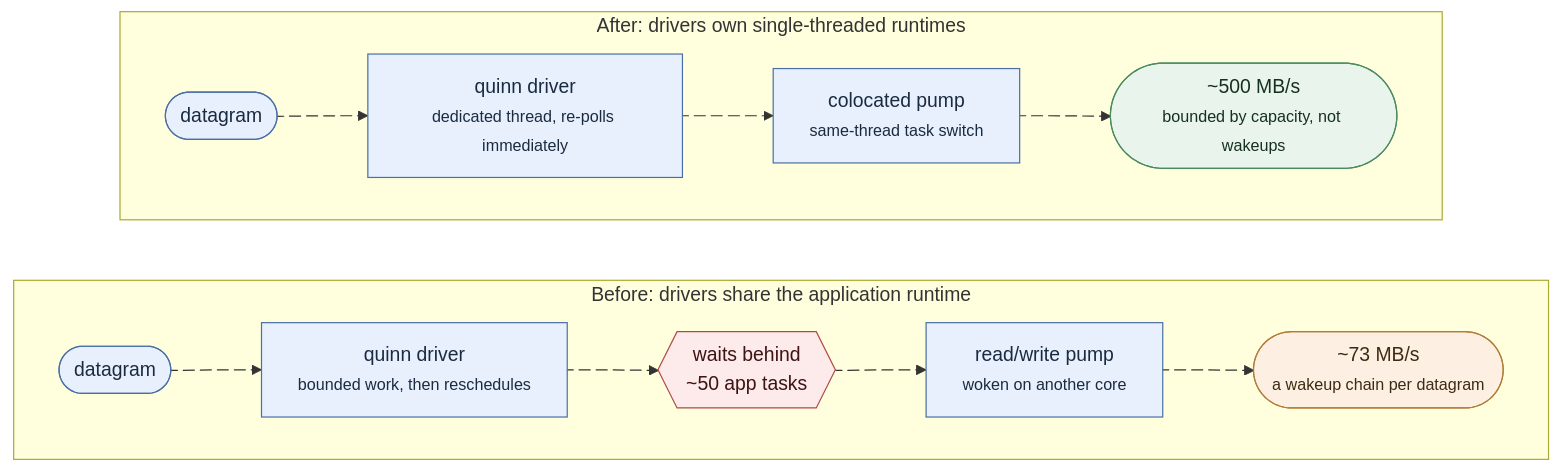
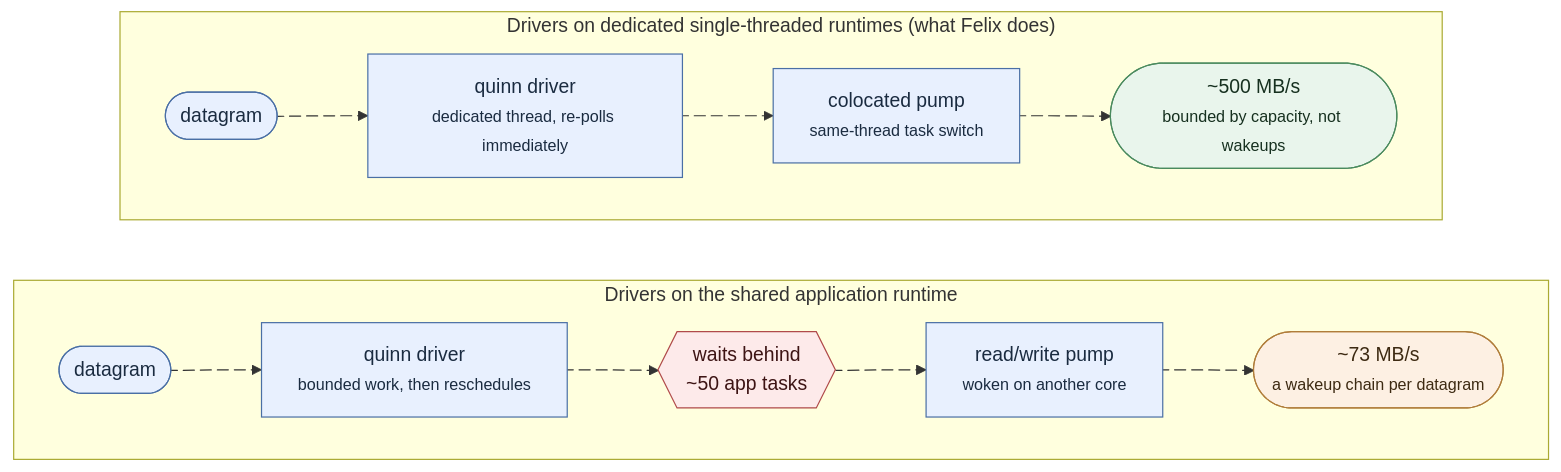
Before and after one commit to GetFelix/felix: the diagram in docs-site/src/content/docs/development/internals-concurrency.md, drawn with Mermaid. The commit also changed other lines of this file and 9 other files, not shown here.

````diff
--- a/docs-site/src/content/docs/development/internals-concurrency.md
+++ b/docs-site/src/content/docs/development/internals-concurrency.md
@@ -177,35 +177,35 @@
 ```mermaid
 flowchart LR
-    subgraph shared["Before: drivers share the application runtime"]
+    subgraph shared["Drivers on the shared application runtime"]
         direction LR
         N1(["datagram"]) s1@--> SD["quinn driver<br/><small>bounded work, then reschedules</small>"]
         SD s2@--> SQ{{"waits behind<br/>~50 app tasks"}}
         SQ s3@--> SP["read/write pump<br/><small>woken on another core</small>"]
         SP s4@--> SO(["~73 MB/s<br/><small>a wakeup chain per datagram</small>"])
     end
 
-    subgraph dedicated["After: drivers own single-threaded runtimes"]
+    subgraph dedicated["Drivers on dedicated single-threaded runtimes (what Felix does)"]
         direction LR
         N2(["datagram"]) d1@--> DD["quinn driver<br/><small>dedicated thread, re-polls immediately</small>"]
         DD d2@--> DP["colocated pump<br/><small>same-thread task switch</small>"]
         DP d3@--> DO(["~500 MB/s<br/><small>bounded by capacity, not wakeups</small>"])
     end
 
     s1@{ animation: slow }
     s2@{ animation: slow }
     s3@{ animation: slow }
     s4@{ animation: slow }
     d1@{ animation: fast }
     d2@{ animation: fast }
     d3@{ animation: fast }
 
     classDef step fill:#e8f0fe,stroke:#4a6fa5,color:#1a2b40
     classDef gate fill:#fdeaea,stroke:#b04a4a,color:#3d1414
     classDef slow fill:#fdf0e3,stroke:#b07d3a,color:#3d2a12
     classDef ok fill:#e9f5ec,stroke:#4a8a5e,color:#16301f
     class SD,SP,DD,DP step
     class SQ gate
     class N1,N2 step
     class SO slow
     class DO ok
 ```
````
